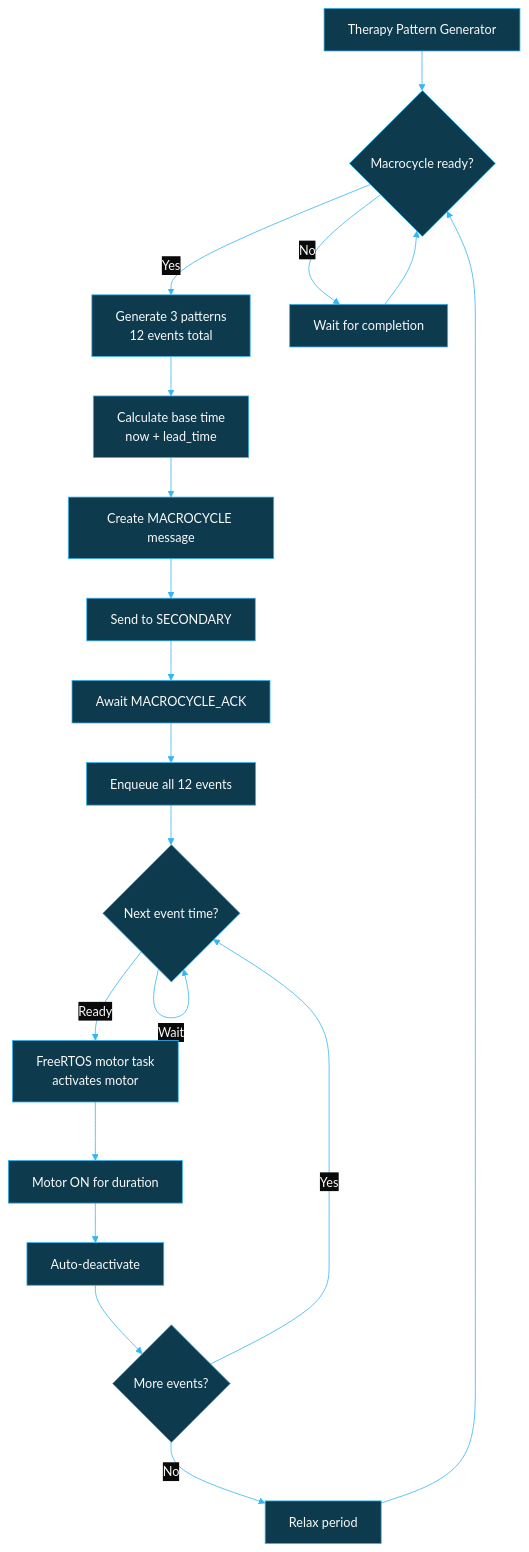
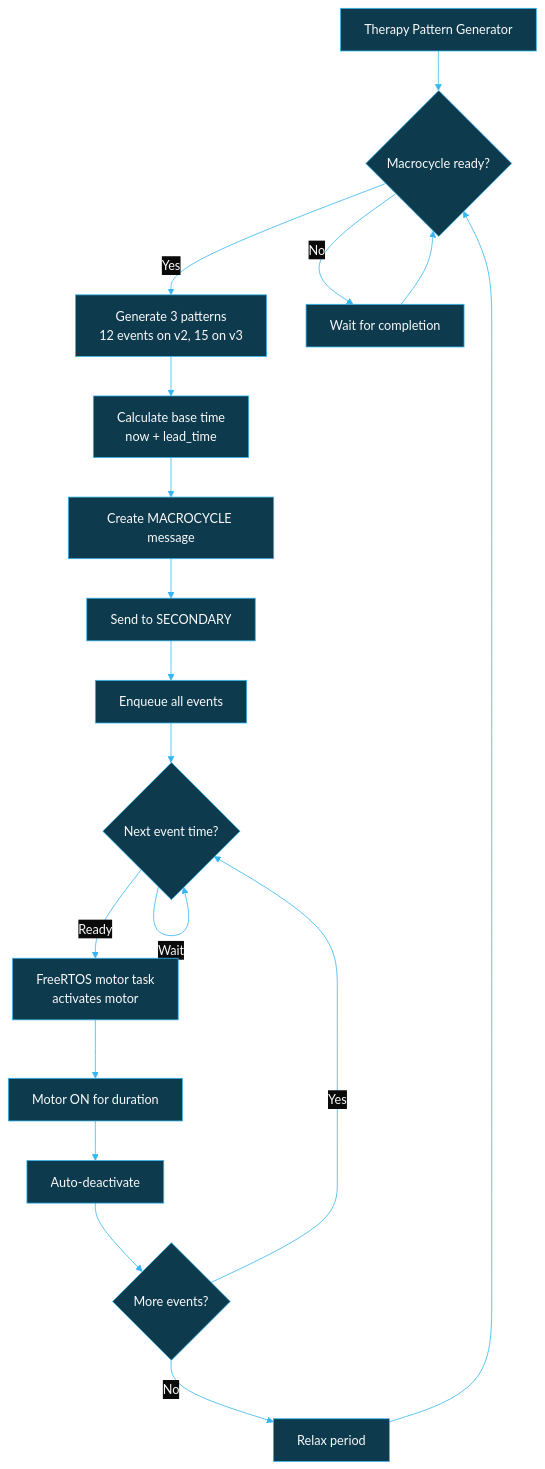
One commit to BlueBuzzah/BlueBuzzah-Firmware changed the fourth of 5 diagrams in docs/SYNCHRONIZATION_PROTOCOL.md. Above: the diagram before and after it, drawn with Mermaid. The commit also changed other lines of this file and 12 other files, not shown here.

````diff
--- a/docs/SYNCHRONIZATION_PROTOCOL.md
+++ b/docs/SYNCHRONIZATION_PROTOCOL.md
@@ -352,38 +354,37 @@
 ```mermaid
 %%{init: {'theme': 'base', 'themeVariables': {
   'primaryColor': '#0d3a4d',
   'primaryTextColor': '#fafafa',
   'primaryBorderColor': '#35B6F2',
   'lineColor': '#35B6F2',
   'secondaryColor': '#05212D',
   'tertiaryColor': '#0a0a0a',
   'background': '#0a0a0a',
   'mainBkg': '#0d3a4d',
   'nodeBorder': '#35B6F2',
   'clusterBkg': '#05212D',
   'clusterBorder': '#35B6F2',
   'titleColor': '#fafafa',
   'edgeLabelBackground': '#0a0a0a'
 }}}%%
 flowchart TD
     A[Therapy Pattern Generator] --> B{Macrocycle ready?}
-    B -->|Yes| C[Generate 3 patterns<br/>12 events total]
+    B -->|Yes| C[Generate 3 patterns<br/>12 events on v2, 15 on v3]
     B -->|No| D[Wait for completion]
     D --> B
 
     C --> E[Calculate base time<br/>now + lead_time]
     E --> F[Create MACROCYCLE message]
     F --> G[Send to SECONDARY]
-    G --> H[Await MACROCYCLE_ACK]
-    H --> I[Enqueue all 12 events]
+    G --> I[Enqueue all events]
 
     I --> J{Next event time?}
     J -->|Wait| J
     J -->|Ready| K[FreeRTOS motor task<br/>activates motor]
     K --> L[Motor ON for duration]
     L --> M[Auto-deactivate]
     M --> N{More events?}
     N -->|Yes| J
     N -->|No| O[Relax period]
     O --> B
 ```
````
